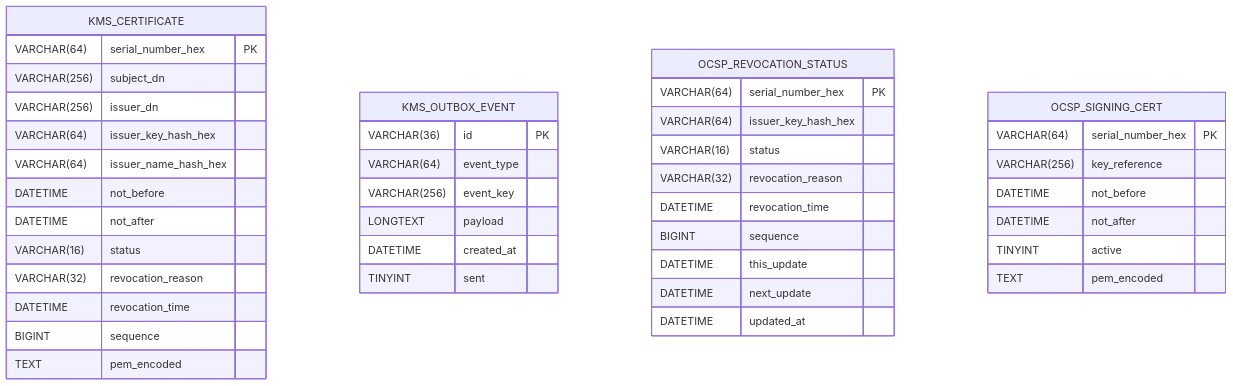
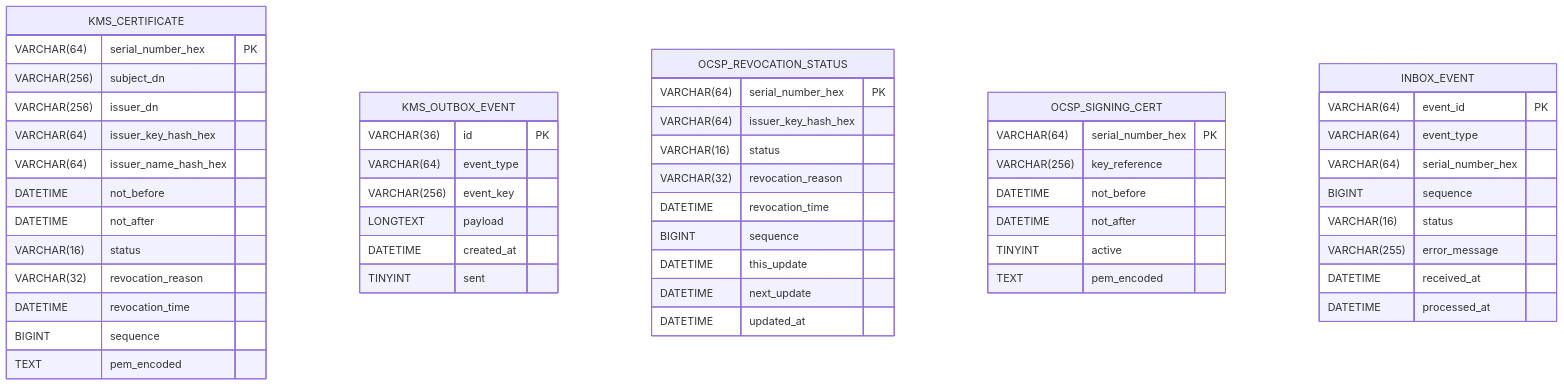
The fifth of 8 diagrams in ARCHITECTURE.md (Majdzapa/OCSP), drawn with Mermaid before and after one commit. The commit also changed other lines of this file and 47 other files, not shown here.

Commit message:
Refactor architecture: remove hexagonal boilerplate, introduce clean adapter interfaces for HSM and Messaging

````diff
--- a/ARCHITECTURE.md
+++ b/ARCHITECTURE.md
@@ -258,49 +270,60 @@
 ```mermaid
 erDiagram
     %% KMS Schema
     KMS_CERTIFICATE {
         VARCHAR(64) serial_number_hex PK
         VARCHAR(256) subject_dn
         VARCHAR(256) issuer_dn
         VARCHAR(64) issuer_key_hash_hex
         VARCHAR(64) issuer_name_hash_hex
         DATETIME not_before
         DATETIME not_after
         VARCHAR(16) status
         VARCHAR(32) revocation_reason
         DATETIME revocation_time
         BIGINT sequence
         TEXT pem_encoded
     }
 
     KMS_OUTBOX_EVENT {
         VARCHAR(36) id PK
         VARCHAR(64) event_type
         VARCHAR(256) event_key
         LONGTEXT payload
         DATETIME created_at
         TINYINT sent
     }
 
     %% OCSP Subsystem Schema
     OCSP_REVOCATION_STATUS {
         VARCHAR(64) serial_number_hex PK
         VARCHAR(64) issuer_key_hash_hex
         VARCHAR(16) status
         VARCHAR(32) revocation_reason
         DATETIME revocation_time
         BIGINT sequence
         DATETIME this_update
         DATETIME next_update
         DATETIME updated_at
     }
 
     OCSP_SIGNING_CERT {
         VARCHAR(64) serial_number_hex PK
         VARCHAR(256) key_reference
         DATETIME not_before
         DATETIME not_after
         TINYINT active
         TEXT pem_encoded
     }
+
+    INBOX_EVENT {
+        VARCHAR(64) event_id PK
+        VARCHAR(64) event_type
+        VARCHAR(64) serial_number_hex
+        BIGINT sequence
+        VARCHAR(16) status
+        VARCHAR(255) error_message
+        DATETIME received_at
+        DATETIME processed_at
+    }
 ```
````
